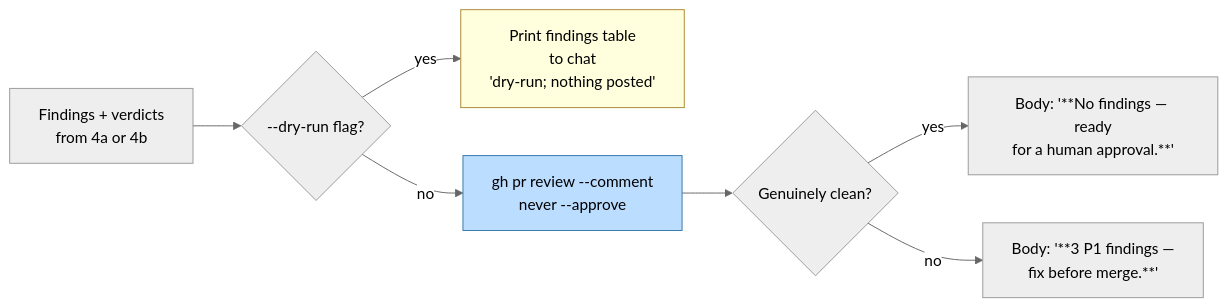
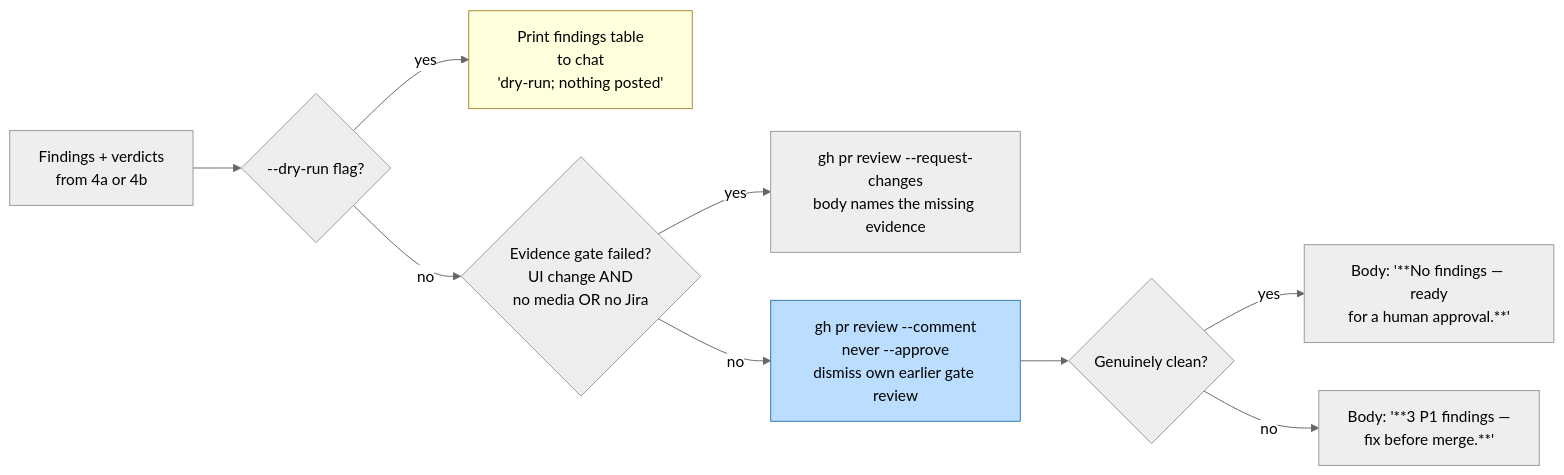
Before and after one commit to pkesavangg/pr-review-skills: the tenth of 17 diagrams in HOW-IT-WORKS.md, drawn with Mermaid (neutral theme). The commit also changed other lines of this file and 8 other files, not shown here.

First line of the commit message:
Enforce meApp comment, test and doc standards; request changes on UI PRs missing screenshot or Jira

````diff
--- a/HOW-IT-WORKS.md
+++ b/HOW-IT-WORKS.md
@@ -470,12 +472,14 @@
 ```mermaid
 flowchart LR
     Pipeline[Findings + verdicts<br/>from 4a or 4b] --> DryRun{--dry-run flag?}
     DryRun -- yes --> Print[Print findings table<br/>to chat<br/>'dry-run; nothing posted']
-    DryRun -- no --> Comment[gh pr review --comment<br/>never --approve]
+    DryRun -- no --> Gate{Evidence gate failed?<br/>UI change AND<br/>no media OR no Jira}
+    Gate -- yes --> RC[gh pr review --request-changes<br/>body names the missing evidence]
+    Gate -- no --> Comment[gh pr review --comment<br/>never --approve<br/>dismiss own earlier gate review]
     Comment --> Clean{Genuinely clean?}
     Clean -- yes --> CleanBody[Body: '**No findings — ready<br/>for a human approval.**']
     Clean -- no --> Body[Body: '**3 P1 findings —<br/>fix before merge.**']
 
     style Print fill:#ffd,stroke:#a83
     style Comment fill:#bdf,stroke:#37a
 ```
````
